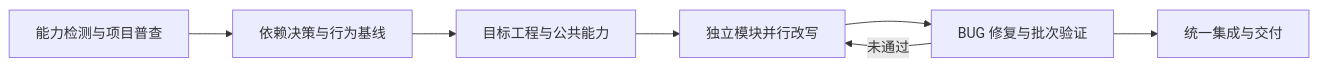
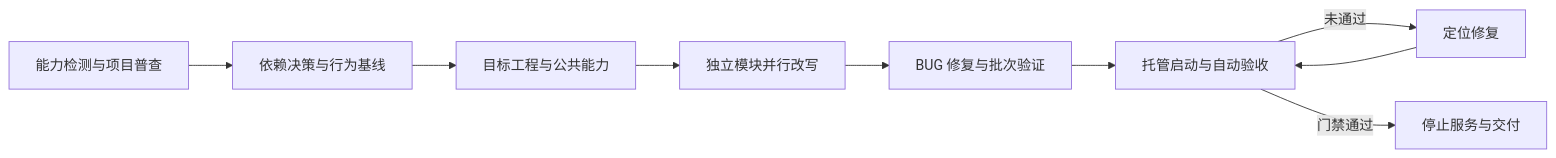
One commit to EasyTZ/vue-migration-skill changed the diagram in README.md. Above: the diagram before and after it, drawn with Mermaid. The commit also changed other lines of this file and 50 other files, not shown here.

````diff
--- a/README.md
+++ b/README.md
@@ -213,9 +221,11 @@
 ```mermaid
 flowchart LR
     A[能力检测与项目普查] --> B[依赖决策与行为基线]
     B --> C[目标工程与公共能力]
     C --> D[独立模块并行改写]
     D --> E[BUG 修复与批次验证]
-    E --> F[统一集成与交付]
-    E -->|未通过| D
+    E --> F[托管启动与自动验收]
+    F -->|未通过| G[定位修复]
+    G --> F
+    F -->|门禁通过| H[停止服务与交付]
 ```
````
